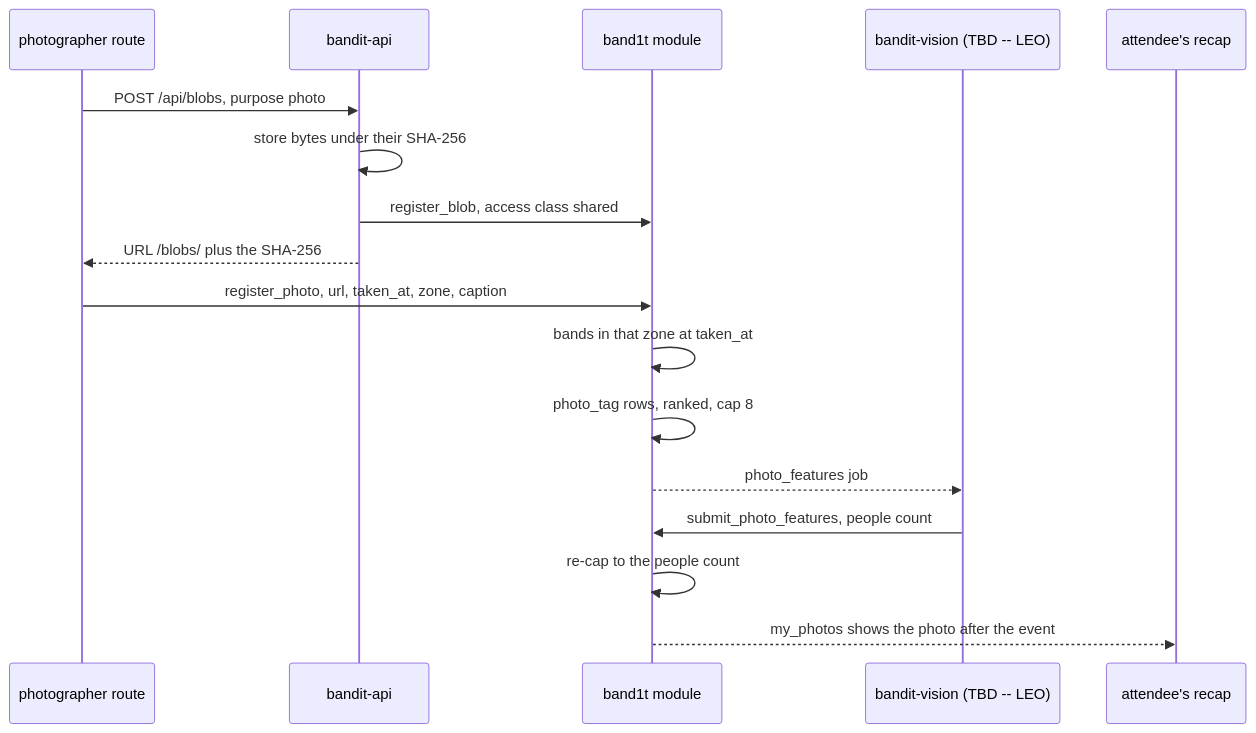
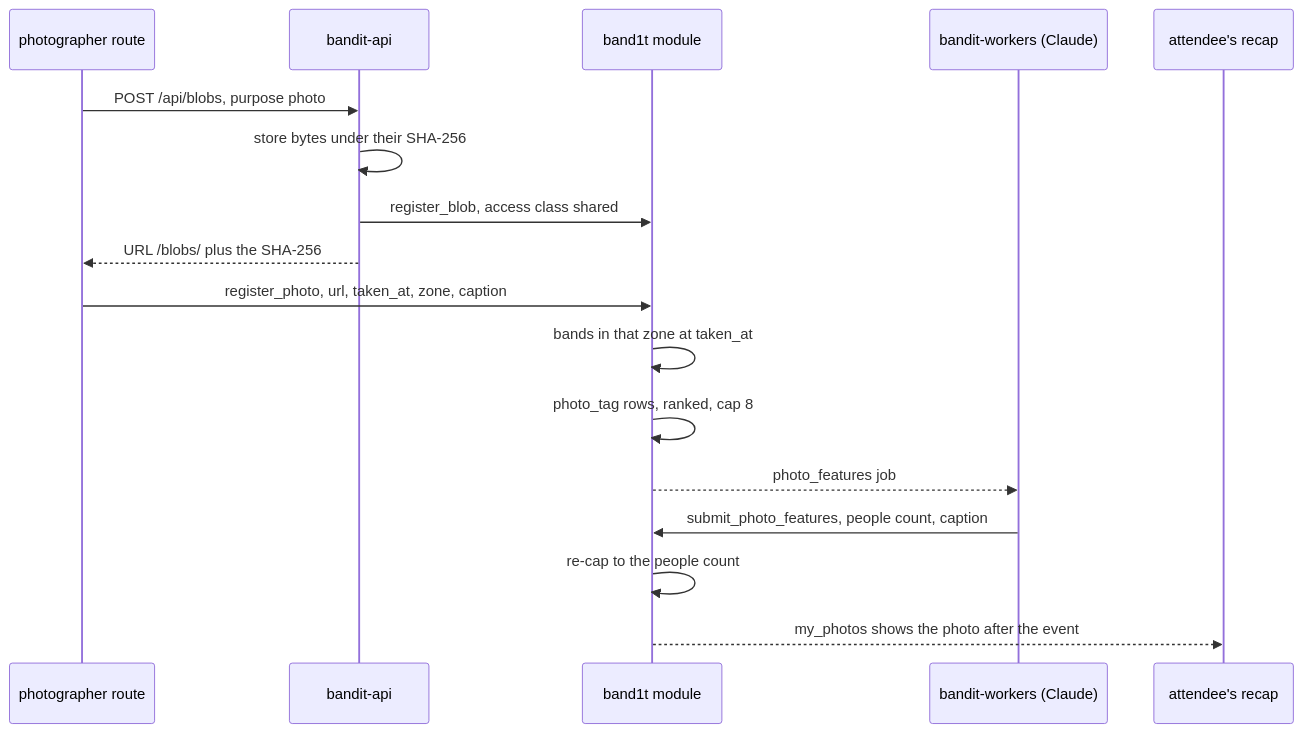
Before and after one commit to viktorinkov/cal-hacks-13: the third of 3 diagrams in System Design/6-features/Social.md, drawn with Mermaid. The commit also changed other lines of this file and 47 other files, not shown here.

````diff
--- a/System Design/6-features/Social.md
+++ b/System Design/6-features/Social.md
@@ -233,19 +233,19 @@
 ```mermaid
 sequenceDiagram
     participant PH as photographer route
     participant API as bandit-api
     participant M as band1t module
-    participant V as bandit-vision (TBD -- LEO)
+    participant V as bandit-workers (Claude)
     participant AT as attendee's recap
     PH->>API: POST /api/blobs, purpose photo
     API->>API: store bytes under their SHA-256
     API->>M: register_blob, access class shared
     API-->>PH: URL /blobs/ plus the SHA-256
     PH->>M: register_photo, url, taken_at, zone, caption
     M->>M: bands in that zone at taken_at
     M->>M: photo_tag rows, ranked, cap 8
     M-->>V: photo_features job
-    V->>M: submit_photo_features, people count
+    V->>M: submit_photo_features, people count, caption
     M->>M: re-cap to the people count
     M-->>AT: my_photos shows the photo after the event
 ```
````
